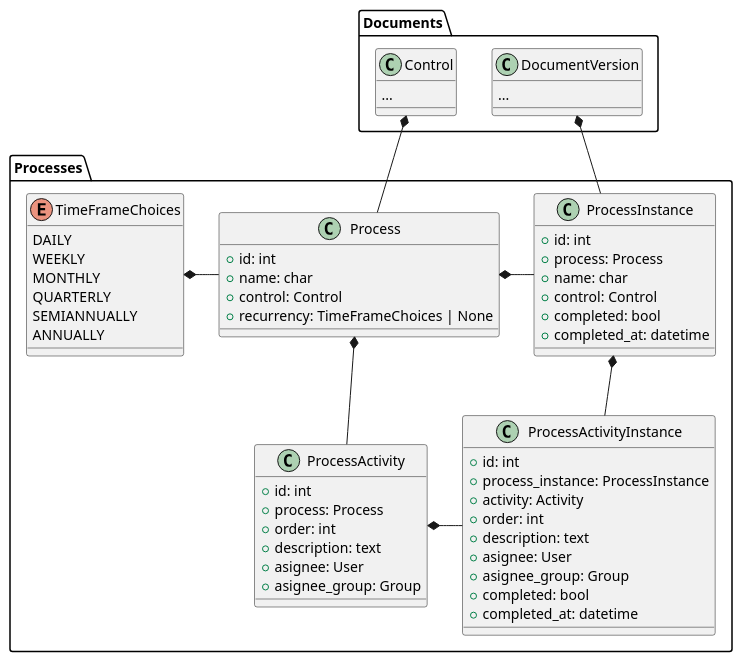
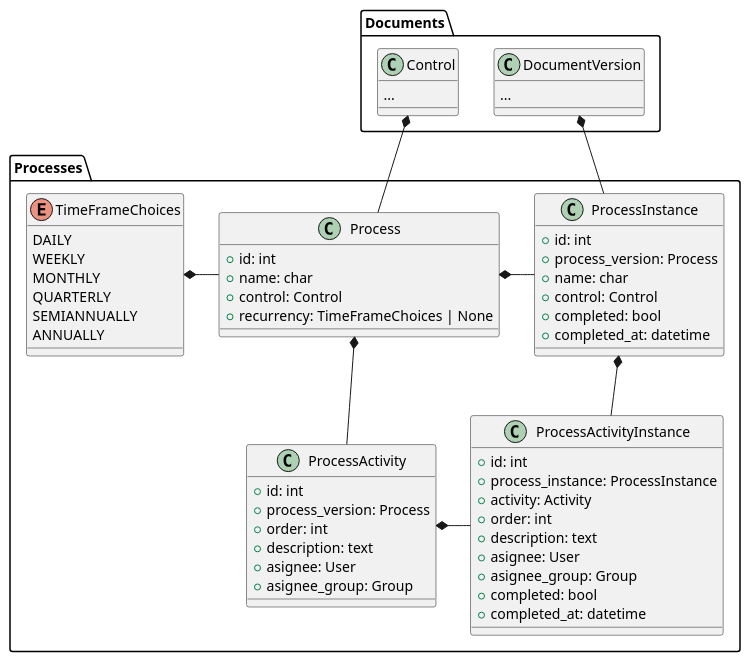
The fourth of 4 diagrams in docs/rfc/InitialModellingRFC.md (Gabo-araya/sgsi_ext), drawn with PlantUML before and after one commit. The commit also changed 22 other files, not shown here.

Commit message:
feat: rename Process to ProcessVersion

````diff
--- a/docs/rfc/InitialModellingRFC.md
+++ b/docs/rfc/InitialModellingRFC.md
@@ -187,62 +187,62 @@
 ```plantuml
 package Processes {
     class Process {
         + id: int
         + name: char
         + control: Control
         + recurrency: TimeFrameChoices | None
     }
     class ProcessInstance {
         + id: int
-        + process: Process
+        + process_version: Process
         + name: char
         + control: Control
         + completed: bool
         + completed_at: datetime
     }
     class ProcessActivity {
         + id: int
-        + process: Process
+        + process_version: Process
         + order: int
         + description: text
         + asignee: User
         + asignee_group: Group
     }
     class ProcessActivityInstance {
         + id: int
         + process_instance: ProcessInstance
         + activity: Activity
         + order: int
         + description: text
         + asignee: User
         + asignee_group: Group
         + completed: bool
         + completed_at: datetime
     }
     enum TimeFrameChoices {
         DAILY
         WEEKLY
         MONTHLY
         QUARTERLY
         SEMIANNUALLY
         ANNUALLY
     }
 }
 
 class Documents.Control {
     ...
 }
 
 class Documents.DocumentVersion {
     ...
 }
 
 
 Processes.Process -up-* Documents.Control
 Processes.Process -left* Processes.TimeFrameChoices
 Processes.ProcessInstance -up-* Documents.DocumentVersion
 Processes.ProcessInstance -left* Processes.Process
 Processes.ProcessActivity --* Processes.Process
 Processes.ProcessActivityInstance -* Processes.ProcessActivity
 Processes.ProcessActivityInstance -up-* Processes.ProcessInstance
 ```
````
